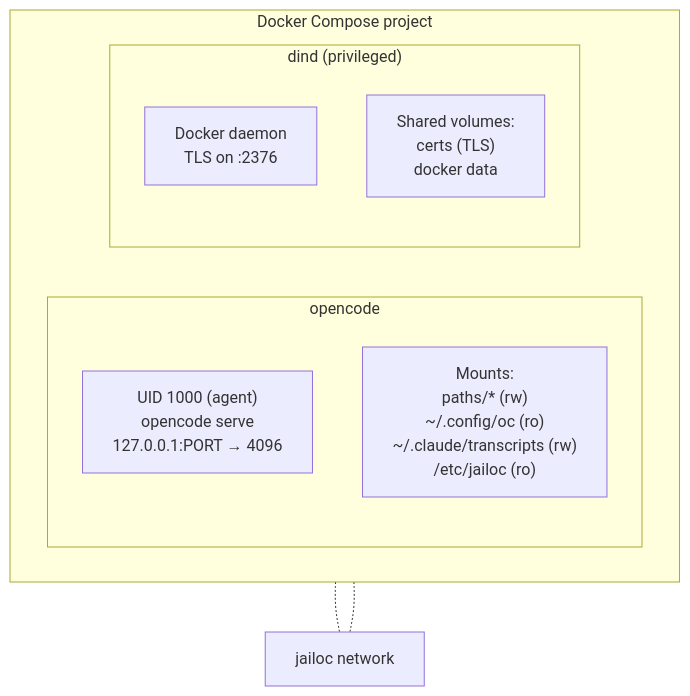
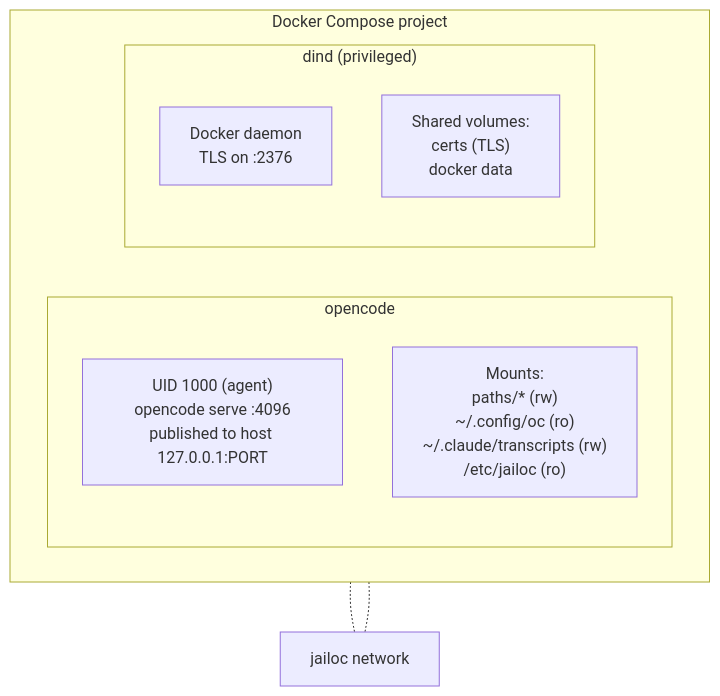
One commit to speedo17/jailoc changed the diagram in docs/explanation/container-architecture.md. Above: the diagram before and after it, drawn with Mermaid.

Commit message:
docs: clarify port publish

````diff
--- a/docs/explanation/container-architecture.md
+++ b/docs/explanation/container-architecture.md
@@ -7,19 +7,19 @@
 ```mermaid
 flowchart TB
   subgraph compose["Docker Compose project"]
     direction LR
     subgraph oc["opencode"]
       direction TB
-      oc_uid["UID 1000 (agent)<br>opencode serve<br>127.0.0.1:PORT → 4096"]
+      oc_uid["UID 1000 (agent)<br>opencode serve :4096<br>published to host 127.0.0.1:PORT"]
       oc_mounts["Mounts:<br>paths/* (rw)<br>~/.config/oc (ro)<br>~/.claude/transcripts (rw)<br>/etc/jailoc (ro)"]
     end
     subgraph dind["dind (privileged)"]
       direction TB
       dind_daemon["Docker daemon<br>TLS on :2376"]
       dind_vols["Shared volumes:<br>certs (TLS)<br>docker data"]
     end
   end
 
   oc -.- net["jailoc network"]
     dind -.- net
 ```
````
